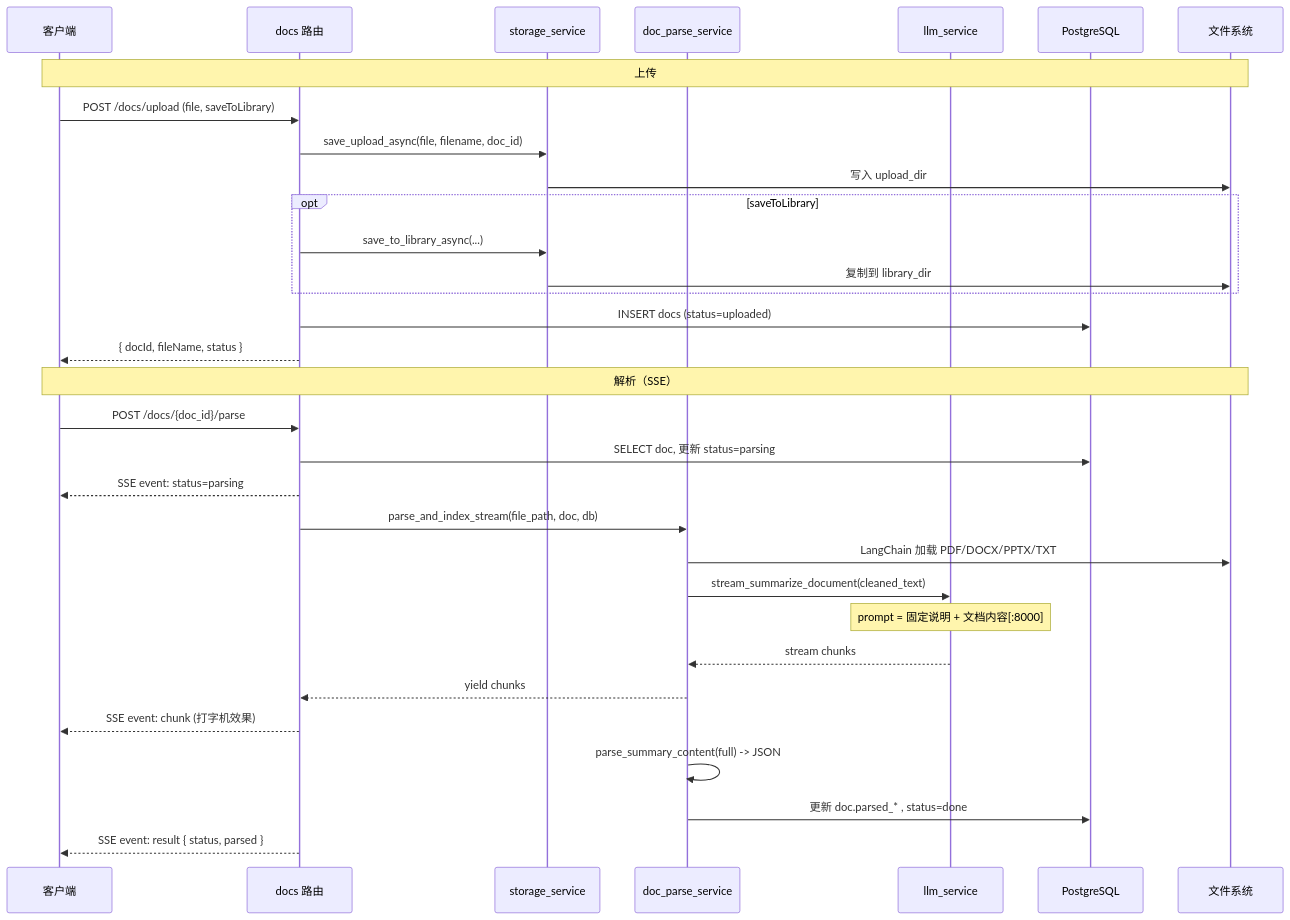
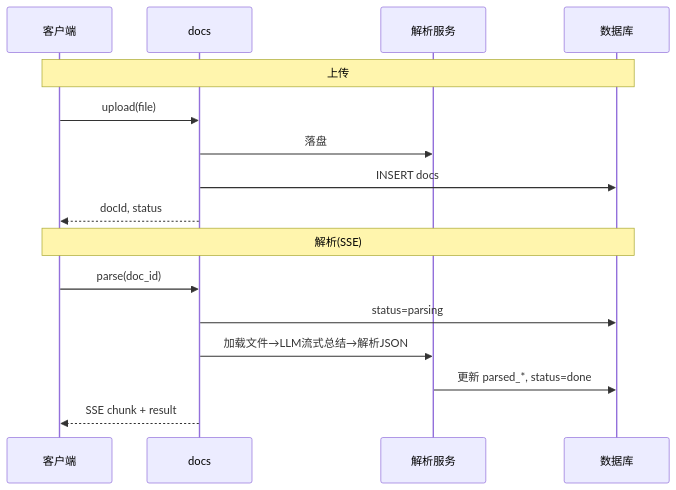
One commit to lazy233/lumist_examAgent_backend changed the fourth of 9 diagrams in docs/architecture.md. Above: the diagram before and after it, drawn with Mermaid. The commit also changed other lines of this file, not shown here.

Commit message:
docs: 浓缩架构文档中的 Mermaid 图

````diff
--- a/docs/architecture.md
+++ b/docs/architecture.md
@@ -208,36 +120,18 @@
 ```mermaid
 sequenceDiagram
     participant C as 客户端
-    participant API as docs 路由
-    participant Storage as storage_service
-    participant DocParse as doc_parse_service
-    participant LLM as llm_service
-    participant DB as PostgreSQL
-    participant Disk as 文件系统
-
-    Note over C,Disk: 上传
-    C->>API: POST /docs/upload (file, saveToLibrary)
-    API->>Storage: save_upload_async(file, filename, doc_id)
-    Storage->>Disk: 写入 upload_dir
-    opt saveToLibrary
-        API->>Storage: save_to_library_async(...)
-        Storage->>Disk: 复制到 library_dir
-    end
-    API->>DB: INSERT docs (status=uploaded)
-    API-->>C: { docId, fileName, status }
-
-    Note over C,Disk: 解析（SSE）
-    C->>API: POST /docs/{doc_id}/parse
-    API->>DB: SELECT doc, 更新 status=parsing
-    API-->>C: SSE event: status=parsing
-    API->>DocParse: parse_and_index_stream(file_path, doc, db)
-    DocParse->>Disk: LangChain 加载 PDF/DOCX/PPTX/TXT
-    DocParse->>LLM: stream_summarize_document(cleaned_text)
-    Note over LLM: prompt = 固定说明 + 文档内容[:8000]
-    LLM-->>DocParse: stream chunks
-    DocParse-->>API: yield chunks
-    API-->>C: SSE event: chunk (打字机效果)
-    DocParse->>DocParse: parse_summary_content(full) -> JSON
-    DocParse->>DB: 更新 doc.parsed_* , status=done
-    API-->>C: SSE event: result { status, parsed }
+    participant API as docs
+    participant Svc as 解析服务
+    participant DB as 数据库
+    Note over C,DB: 上传
+    C->>API: upload(file)
+    API->>Svc: 落盘
+    API->>DB: INSERT docs
+    API-->>C: docId, status
+    Note over C,DB: 解析(SSE)
+    C->>API: parse(doc_id)
+    API->>DB: status=parsing
+    API->>Svc: 加载文件→LLM流式总结→解析JSON
+    Svc->>DB: 更新 parsed_*, status=done
+    API-->>C: SSE chunk + result
 ```
````
